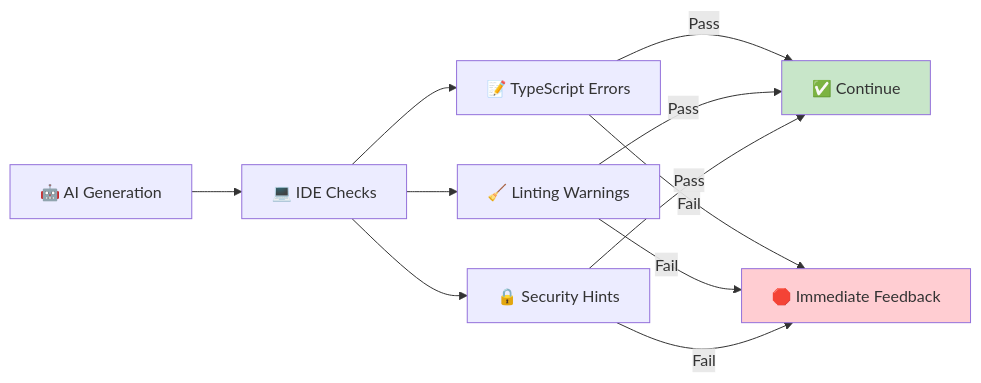
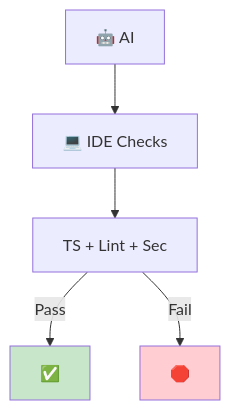
Before and after one commit to TheBushidoCollective/han: the third of 7 diagrams in website/content/papers/ai-dlc-2026/runbooks/adoption/quality-guardrails.md, drawn with Mermaid. The commit also changed other lines of this file and 21 other files, not shown here.

First line of the commit message:
fix(website): convert all AI-DLC runbook Mermaid diagrams to TB layout

````diff
--- a/website/content/papers/ai-dlc-2026/runbooks/adoption/quality-guardrails.md
+++ b/website/content/papers/ai-dlc-2026/runbooks/adoption/quality-guardrails.md
@@ -86,17 +85,10 @@
 ```mermaid
-flowchart LR
-    AI[🤖 AI Generation] --> IDE[💻 IDE Checks]
-    IDE --> TS[📝 TypeScript Errors]
-    IDE --> Lint[🧹 Linting Warnings]
-    IDE --> Sec[🔒 Security Hints]
-
-    TS -->|Pass| Continue[✅ Continue]
-    Lint -->|Pass| Continue
-    Sec -->|Pass| Continue
-    TS -->|Fail| Stop[🛑 Immediate Feedback]
-    Lint -->|Fail| Stop
-    Sec -->|Fail| Stop
+flowchart TB
+    AI[🤖 AI] --> IDE[💻 IDE Checks]
+    IDE --> Checks[TS + Lint + Sec]
+    Checks -->|Pass| Continue[✅]
+    Checks -->|Fail| Stop[🛑]
 
     style Stop fill:#ffcdd2
     style Continue fill:#c8e6c9
 ```
````
